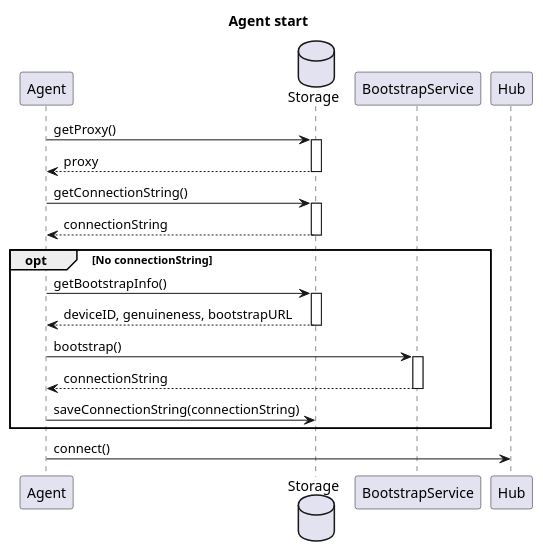
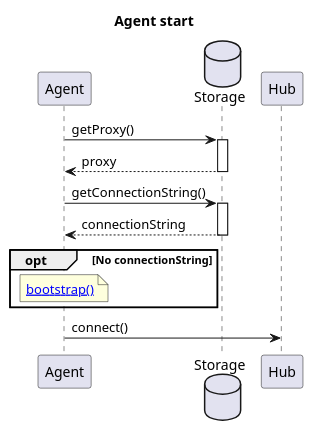
The diagram in Agent/start.puml (se-edge/framework-diagrams), drawn with PlantUML before and after one commit. The commit also changed 1 other file, not shown here.

Commit message:
add bootstrap agent function

```diff
--- a/Agent/start.puml
+++ b/Agent/start.puml
@@ -1,26 +1,21 @@
 @startuml
 title "Agent start"
 
 participant Agent as A
 database Storage as Stor
-participant BootstrapService as BS
 participant Hub as Hub
 
 
 A->Stor ++: getProxy()
 Stor-->A --: proxy
 
 A->Stor ++: getConnectionString()
 Stor-->A --: connectionString
 
 opt No connectionString
-A->Stor ++: getBootstrapInfo()
-Stor-->A --: deviceID, genuineness, bootstrapURL
-A->BS ++: bootstrap()
-BS-->A --: connectionString
-A->Stor: saveConnectionString(connectionString)
+
+note over A : [[http://www.plantuml.com/plantuml/proxy?cache=no&src=https://raw.githubusercontent.com/se-edge/diagrams/develop/Agent/bootstrap.puml&fmt=svg bootstrap()]]
 end
 A->Hub: connect()
 
-
 @enduml
```
